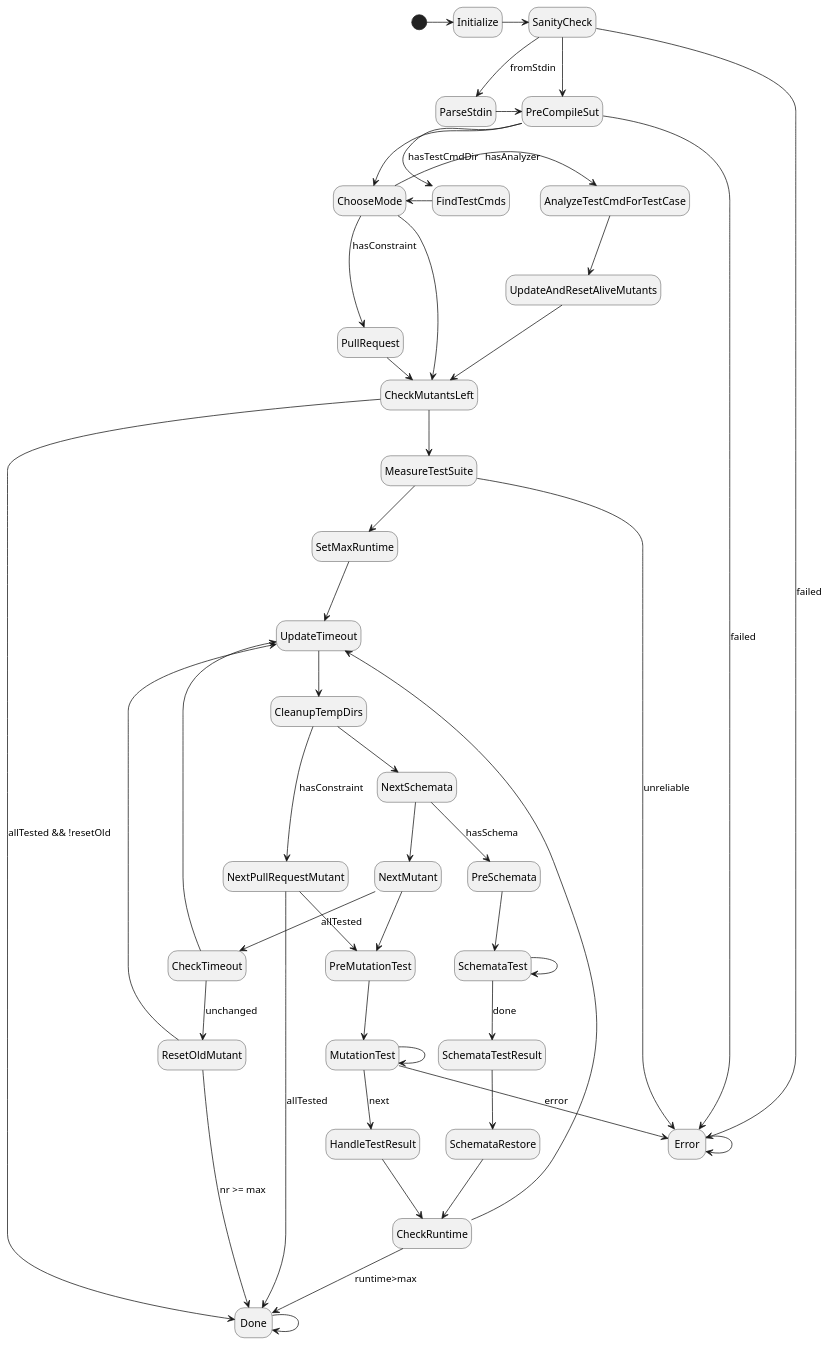
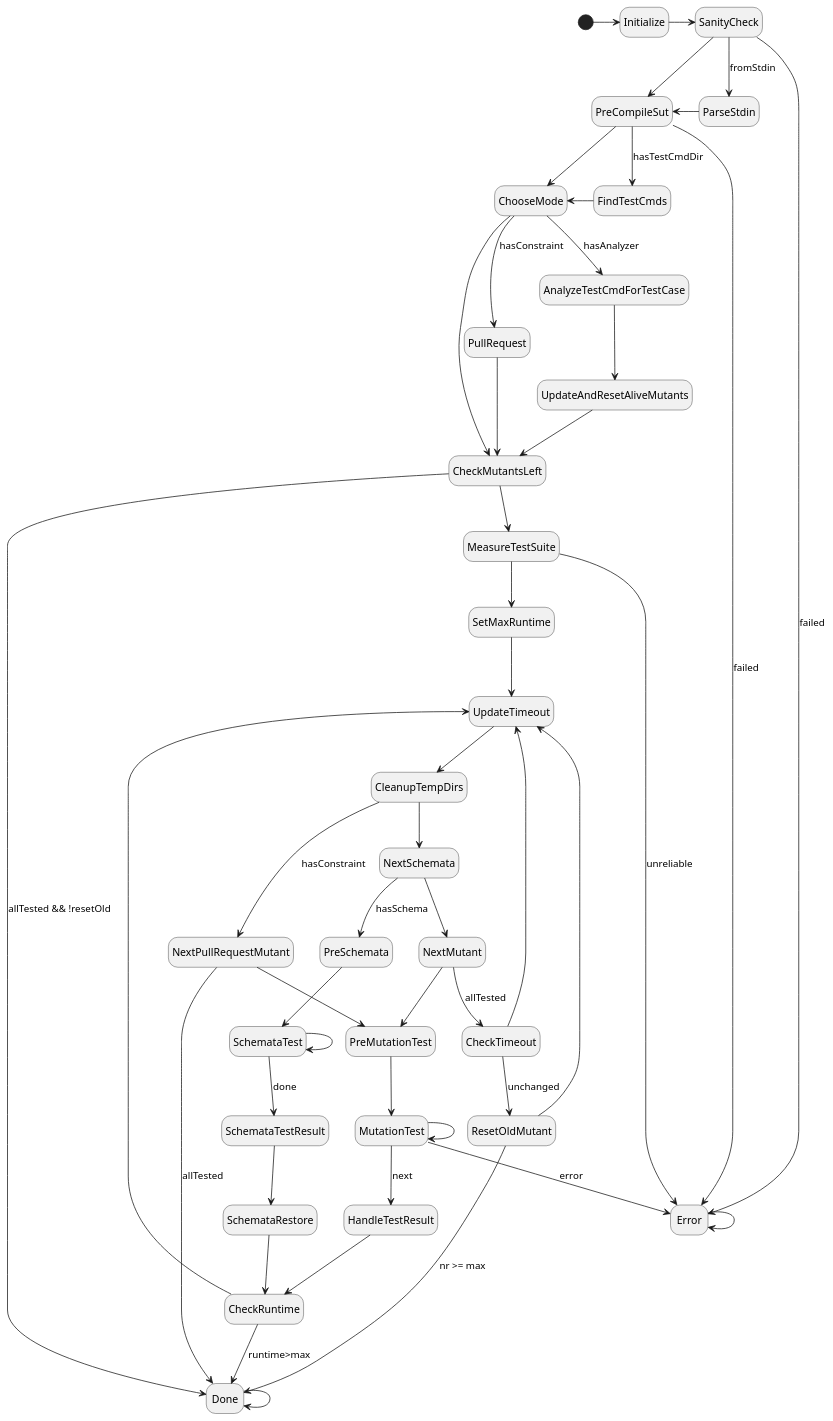
Before and after one commit to joakim-brannstrom/dextool: the diagram in plugin/mutate/doc/design/figures/test_mutant_fsm.pu, drawn with PlantUML.

Commit message:
mutate: prettify diagram

```diff
--- a/plugin/mutate/doc/design/figures/test_mutant_fsm.pu
+++ b/plugin/mutate/doc/design/figures/test_mutant_fsm.pu
@@ -1,75 +1,75 @@
 @startuml
 hide empty description
 
 [*] -> Initialize
 
 Initialize -> SanityCheck
 
 SanityCheck --> Error : failed
 SanityCheck --> ParseStdin : fromStdin
 SanityCheck -> PreCompileSut
 
 ParseStdin -> PreCompileSut
 
 PreCompileSut --> Error : failed
 PreCompileSut --> FindTestCmds : hasTestCmdDir
 PreCompileSut --> ChooseMode
 
 FindTestCmds -> ChooseMode
 
-ChooseMode -> AnalyzeTestCmdForTestCase : hasAnalyzer
+ChooseMode --> AnalyzeTestCmdForTestCase : hasAnalyzer
 ChooseMode --> PullRequest : hasConstraint
 ChooseMode --> CheckMutantsLeft
 
 PullRequest -> CheckMutantsLeft
 
 AnalyzeTestCmdForTestCase --> UpdateAndResetAliveMutants
 
 UpdateAndResetAliveMutants --> CheckMutantsLeft
 
 UpdateTimeout --> CleanupTempDirs
 
 CleanupTempDirs --> NextSchemata
 CleanupTempDirs --> NextPullRequestMutant : hasConstraint
 
 CheckMutantsLeft --> Done : allTested && !resetOld
 CheckMutantsLeft --> MeasureTestSuite
 
 MeasureTestSuite --> Error : unreliable
 MeasureTestSuite --> SetMaxRuntime
 
 SetMaxRuntime --> UpdateTimeout
 
 CheckRuntime --> UpdateTimeout
 CheckRuntime --> Done : runtime>max
 
 NextPullRequestMutant --> PreMutationTest
 NextPullRequestMutant --> Done : allTested
 
 NextSchemata --> PreSchemata : hasSchema
 NextSchemata --> NextMutant
 PreSchemata --> SchemataTest
 SchemataTest --> SchemataTest
 SchemataTest --> SchemataTestResult : done
 SchemataTestResult --> SchemataRestore
 SchemataRestore --> CheckRuntime
 
 NextMutant --> CheckTimeout : allTested
 NextMutant --> PreMutationTest
 PreMutationTest --> MutationTest
 MutationTest --> HandleTestResult : next
 MutationTest --> Error : error
 MutationTest --> MutationTest
 
 HandleTestResult --> CheckRuntime
 
 CheckTimeout --> ResetOldMutant : unchanged
 CheckTimeout --> UpdateTimeout
 
 ResetOldMutant --> UpdateTimeout
 ResetOldMutant --> Done : nr >= max
 
 Done --> Done
 
 Error --> Error
 @enduml
```
